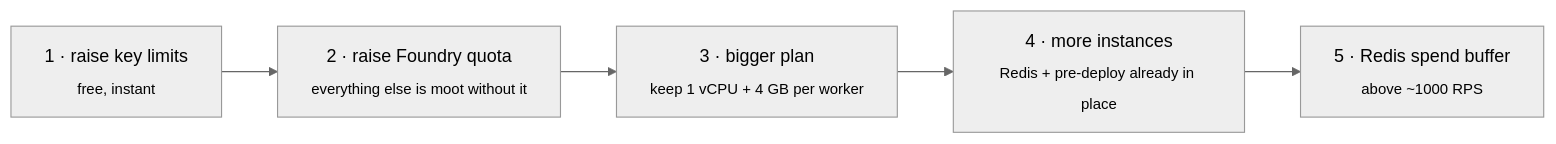
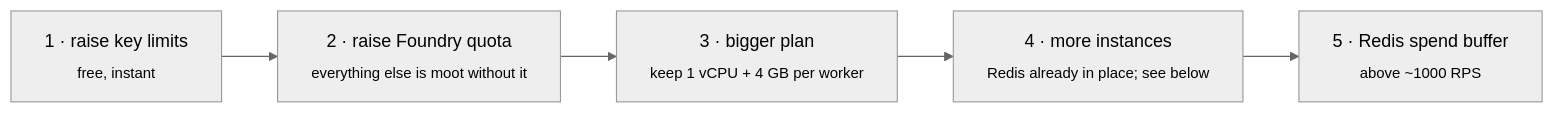
Diagram 12 of 12 in README.md (mahipalparegi/LiteLLMProxy), drawn with Mermaid (neutral theme) before and after one commit. The commit also changed other lines of this file and 14 other files, not shown here.

````diff
--- a/README.md
+++ b/README.md
@@ -884,7 +883,7 @@
 ```mermaid
 flowchart LR
     A["1 · raise key limits<br/><sub>free, instant</sub>"] --> B["2 · raise Foundry quota<br/><sub>everything else is moot without it</sub>"]
     B --> C["3 · bigger plan<br/><sub>keep 1 vCPU + 4 GB per worker</sub>"]
-    C --> D["4 · more instances<br/><sub>Redis + pre-deploy already in place</sub>"]
+    C --> D["4 · more instances<br/><sub>Redis already in place; see below</sub>"]
     D --> E["5 · Redis spend buffer<br/><sub>above ~1000 RPS</sub>"]
 ```
````
